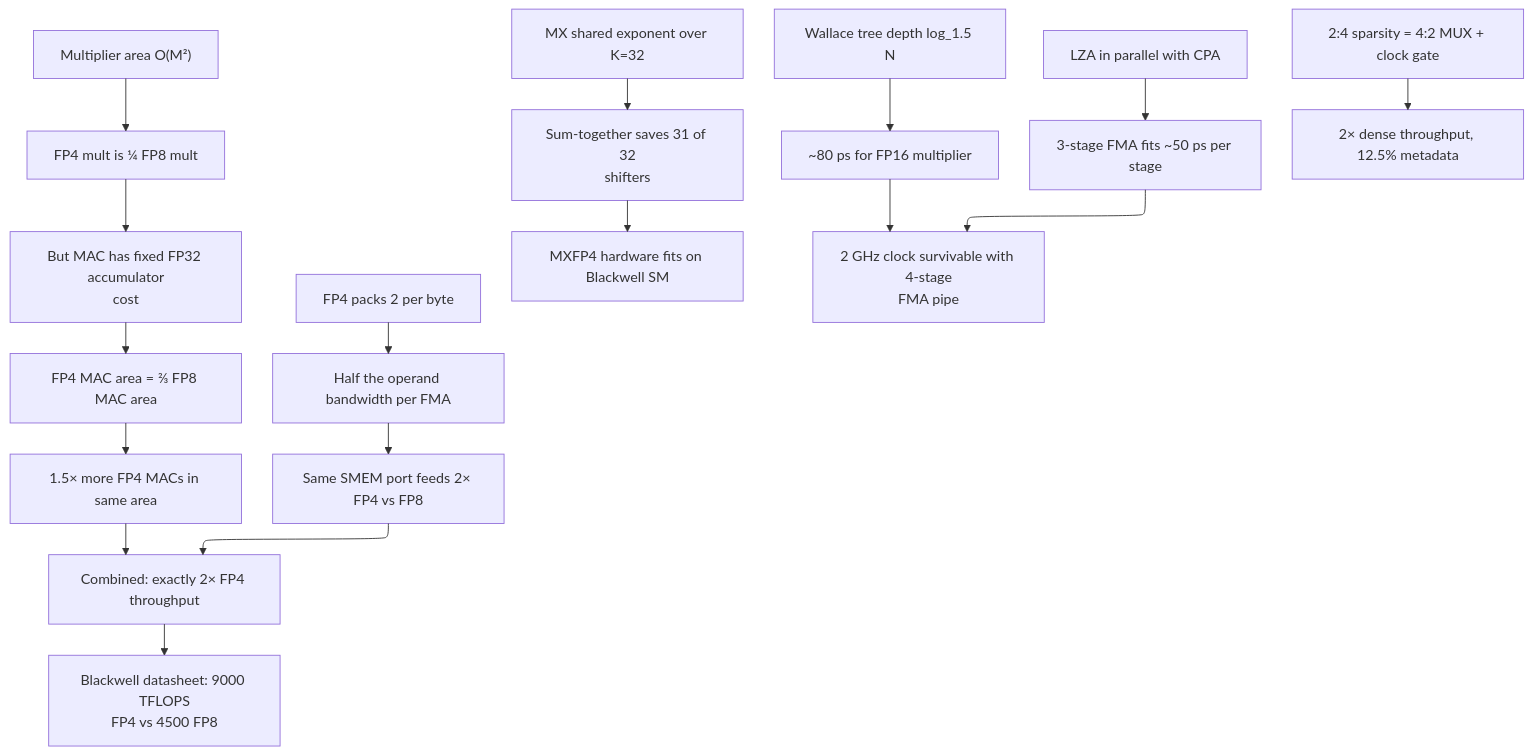
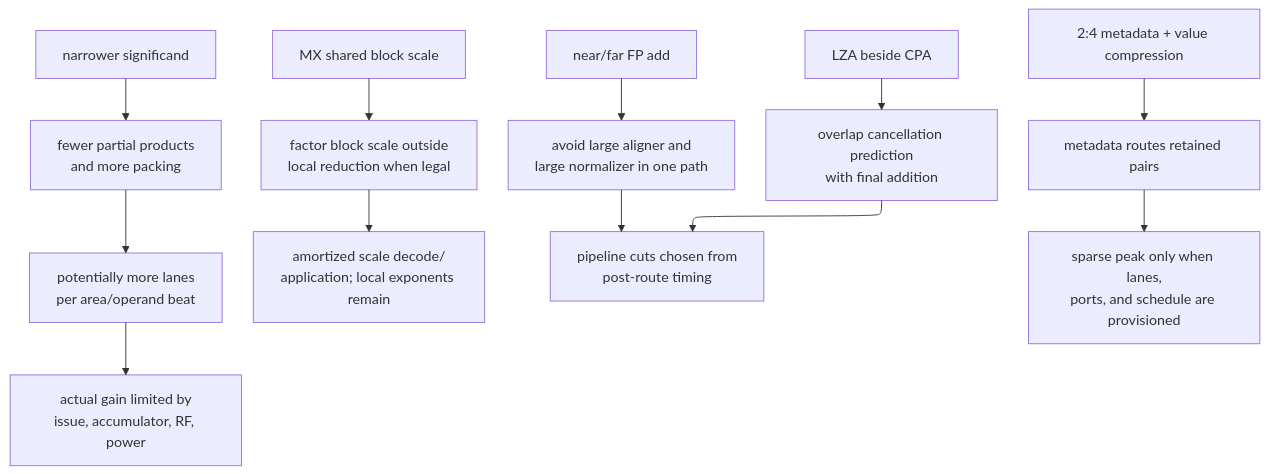
Before and after one commit to Wty2003328/ai_infra_intro: diagram 15 of 17 in L2_Digital_Design_for_AI/02_FP_Unit_Design.md, drawn with Mermaid. The commit also changed other lines of this file and 3 other files, not shown here.

````diff
--- a/L2_Digital_Design_for_AI/02_FP_Unit_Design.md
+++ b/L2_Digital_Design_for_AI/02_FP_Unit_Design.md
@@ -421,26 +1031,18 @@
 ```mermaid
 %%{init: {"flowchart": {"defaultRenderer": "elk", "nodeSpacing": 60, "rankSpacing": 60, "htmlLabels": false}}}%%
 flowchart TD
-    A["Multiplier area O(M²)"] --> B[FP4 mult is ¼ FP8 mult]
-    B --> C[But MAC has fixed FP32 accumulator<br/>cost]
-    C --> D[FP4 MAC area = ⅔ FP8 MAC area]
-    D --> E[1.5× more FP4 MACs in same area]
+    A["narrower significand"] --> B["fewer partial products<br/>and more packing"]
+    B --> C["potentially more lanes<br/>per area/operand beat"]
+    C --> D["actual gain limited by<br/>issue, accumulator, RF, power"]
 
-    F[FP4 packs 2 per byte] --> G[Half the operand bandwidth per FMA]
-    G --> H[Same SMEM port feeds 2× FP4 vs FP8]
+    E["MX shared block scale"] --> F["factor block scale outside<br/>local reduction when legal"]
+    F --> G["amortized scale decode/<br/>application; local exponents remain"]
 
-    E --> I[Combined: exactly 2× FP4 throughput]
-    H --> I
-    I --> J[Blackwell datasheet: 9000 TFLOPS<br/>FP4 vs 4500 FP8]
+    H["near/far FP add"] --> I["avoid large aligner and<br/>large normalizer in one path"]
+    J["LZA beside CPA"] --> K["overlap cancellation prediction<br/>with final addition"]
+    I --> L["pipeline cuts chosen from<br/>post-route timing"]
+    K --> L
 
-    K[MX shared exponent over K=32] --> L[Sum-together saves 31 of 32<br/>shifters]
-    L --> M[MXFP4 hardware fits on Blackwell SM]
-
-    N[Wallace tree depth log_1.5 N] --> O[~80 ps for FP16 multiplier]
-    O --> P[2 GHz clock survivable with 4-stage<br/>FMA pipe]
-
-    Q[LZA in parallel with CPA] --> R[3-stage FMA fits ~50 ps per stage]
-    R --> P
-
-    S[2:4 sparsity = 4:2 MUX + clock gate] --> T[2× dense throughput, 12.5% metadata]
+    M["2:4 metadata + value compression"] --> N["metadata routes retained pairs"]
+    N --> O["sparse peak only when lanes,<br/>ports, and schedule are provisioned"]
 ```
````
